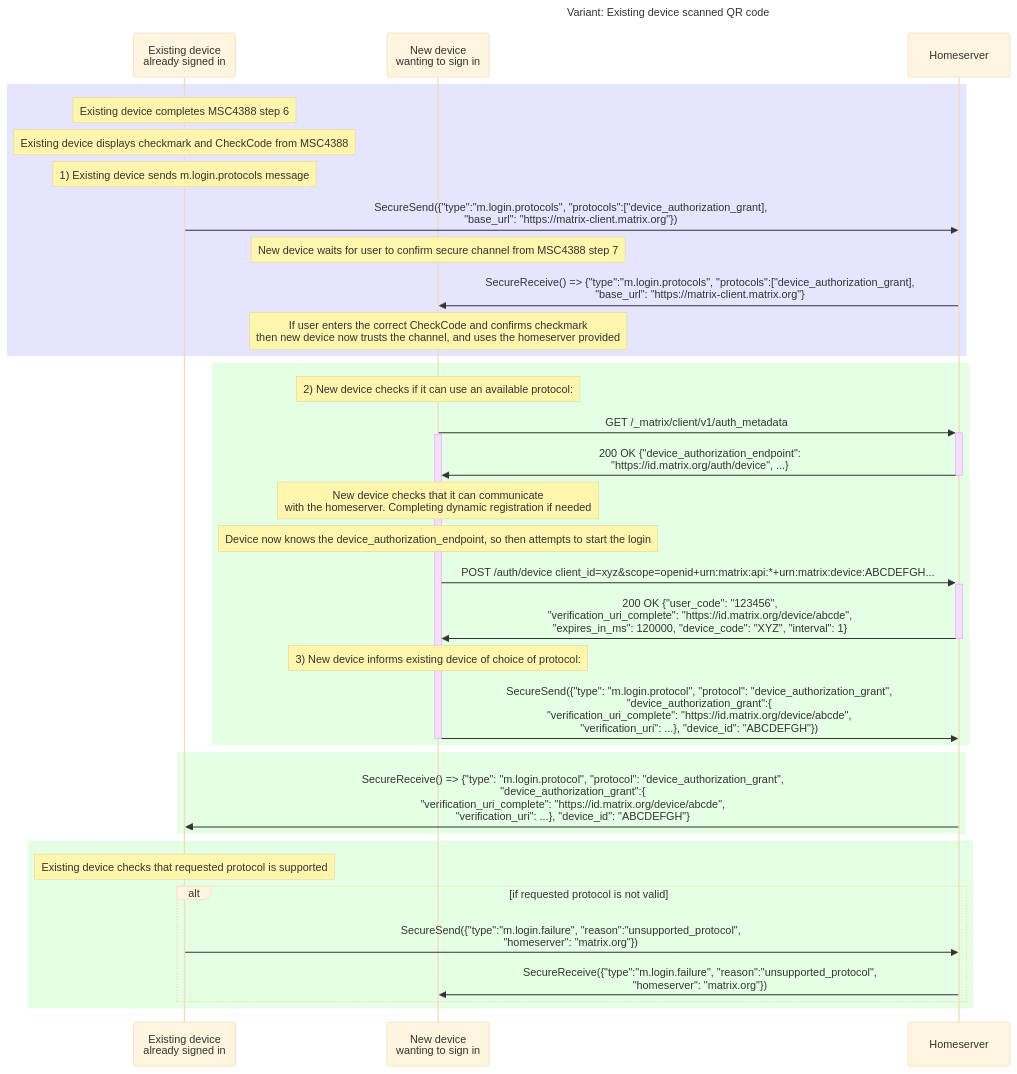
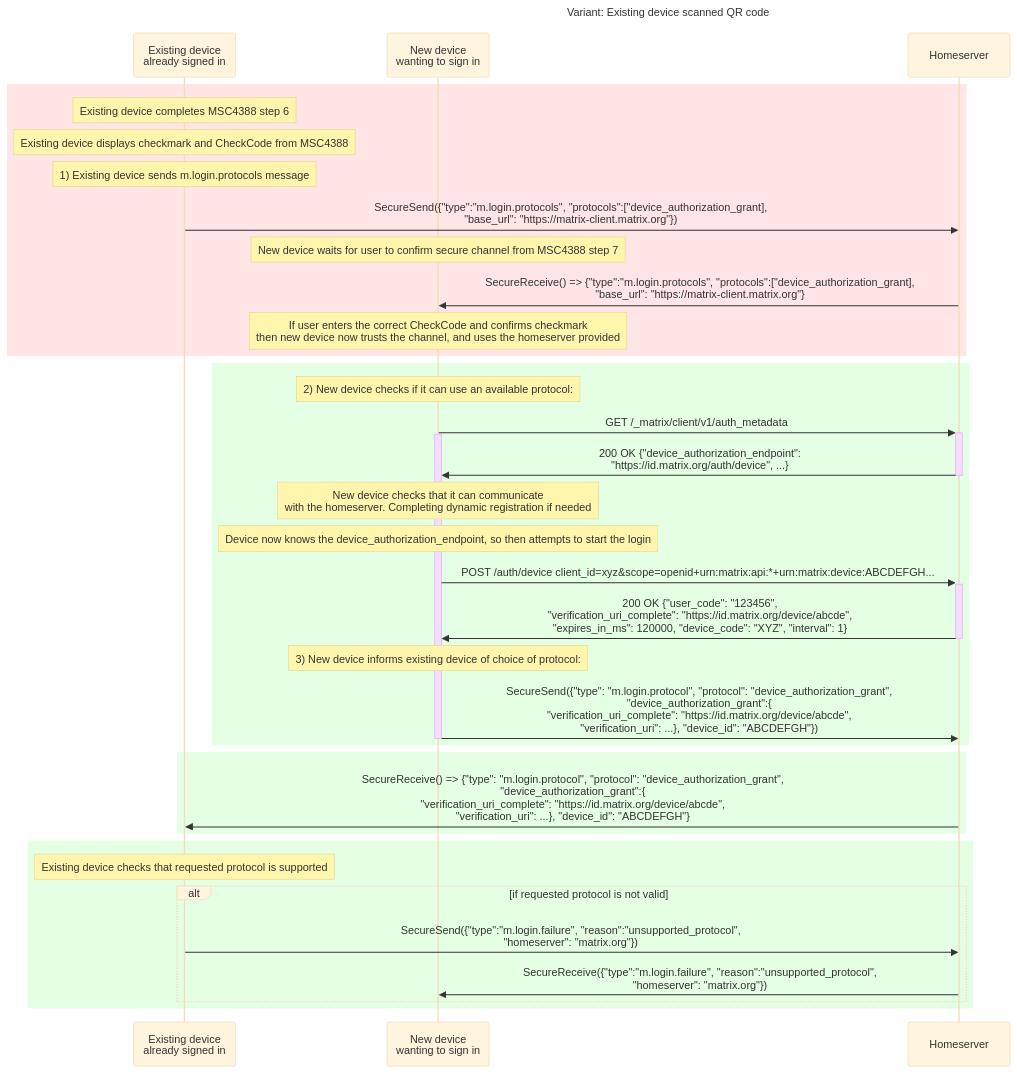
One commit to matrix-org/matrix-spec-proposals changed the third of 5 diagrams in proposals/4108-oidc-qr-login.md. Above: the diagram before and after it, drawn with Mermaid (base theme). The commit also changed other lines of this file, not shown here.

Commit message:
Explain colour coding in the sequence diagrams

````diff
--- a/proposals/4108-oidc-qr-login.md
+++ b/proposals/4108-oidc-qr-login.md
@@ -342,62 +343,62 @@
 ```mermaid
 sequenceDiagram
     title: Variant: Existing device scanned QR code
     participant E as Existing device <br>already signed in
     participant N as New device <br>wanting to sign in
     participant HS as Homeserver
 
 
     #alt if New device scanned QR code
     #    note over N: New device completes checks from secure channel establishment step 6 - it now trusts the channel
     #    note over N: 1) New device got server base URL from the QR code
 
-    rect rgba(0,0,255, 0.1)
+    rect rgba(255,0,0, 0.1)
     #else if Existing device scanned QR code
         note over E: Existing device completes MSC4388 step 6
         note over E: Existing device displays checkmark and CheckCode from MSC4388
         note over E: 1) Existing device sends m.login.protocols message
         E->>HS: SecureSend({"type":"m.login.protocols", "protocols":["device_authorization_grant],<br> "base_url": "https://matrix-client.matrix.org"})
         note over N: New device waits for user to confirm secure channel from MSC4388 step 7
         HS->>N: SecureReceive() => {"type":"m.login.protocols", "protocols":["device_authorization_grant],<br> "base_url": "https://matrix-client.matrix.org"}
         note over N: If user enters the correct CheckCode and confirms checkmark<br>then new device now trusts the channel, and uses the homeserver provided
     end
 
 
     rect rgba(0,255,0, 0.1)
     note over N: 2) New device checks if it can use an available protocol:
         N->>+HS: GET /_matrix/client/v1/auth_metadata
     activate N
         HS->>-N: 200 OK {"device_authorization_endpoint":<br> "https://id.matrix.org/auth/device", ...}
         Note over N: New device checks that it can communicate<br> with the homeserver. Completing dynamic registration if needed
         Note over N: Device now knows the device_authorization_endpoint, so then attempts to start the login
         N->>+HS: POST /auth/device client_id=xyz&scope=openid+urn:matrix:api:*+urn:matrix:device:ABCDEFGH...
         HS->>-N: 200 OK {"user_code": "123456",<br>"verification_uri_complete": "https://id.matrix.org/device/abcde",<br>"expires_in_ms": 120000, "device_code": "XYZ", "interval": 1}
         note over N: 3) New device informs existing device of choice of protocol:
         N->>HS: SecureSend({"type": "m.login.protocol", "protocol": "device_authorization_grant",<br> "device_authorization_grant":{<br>"verification_uri_complete": "https://id.matrix.org/device/abcde",<br>"verification_uri": ...}, "device_id": "ABCDEFGH"})
 
     deactivate N
     end
 
     # alt if New device scanned QR code
     #    note over N: New device displays checkmark and CheckCode
     #    note over E: Existing device waits for user to enter CheckCode<br>and confirm secure channel from step 7
     #end
 
     rect rgba(0,255,0, 0.1)
         HS->>E: SecureReceive() => {"type": "m.login.protocol", "protocol": "device_authorization_grant",<br> "device_authorization_grant":{<br>"verification_uri_complete": "https://id.matrix.org/device/abcde",<br>"verification_uri": ...}, "device_id": "ABCDEFGH"}
     end
 
     # alt if New device scanned QR code
     #    note over E: If user entered correct CheckCode<br>and confirms checkmark then existing device now trusts the channel
     #end
 
 
     rect rgba(0,255,0, 0.1)
     note over E: Existing device checks that requested protocol is supported
 
     alt if requested protocol is not valid
         E->>HS: SecureSend({"type":"m.login.failure", "reason":"unsupported_protocol",<br>"homeserver": "matrix.org"})
         HS->>N: SecureReceive({"type":"m.login.failure", "reason":"unsupported_protocol",<br>"homeserver": "matrix.org"})
     end
     end
 ```
````
